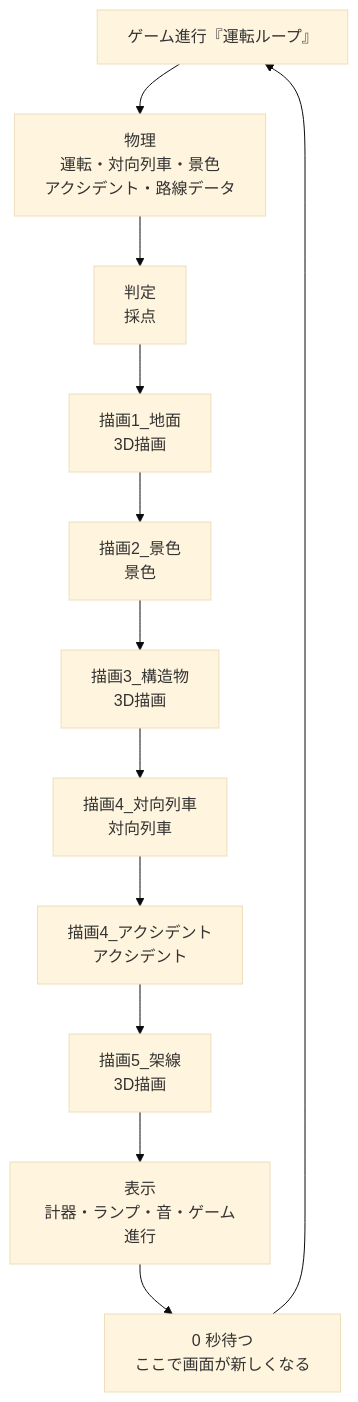
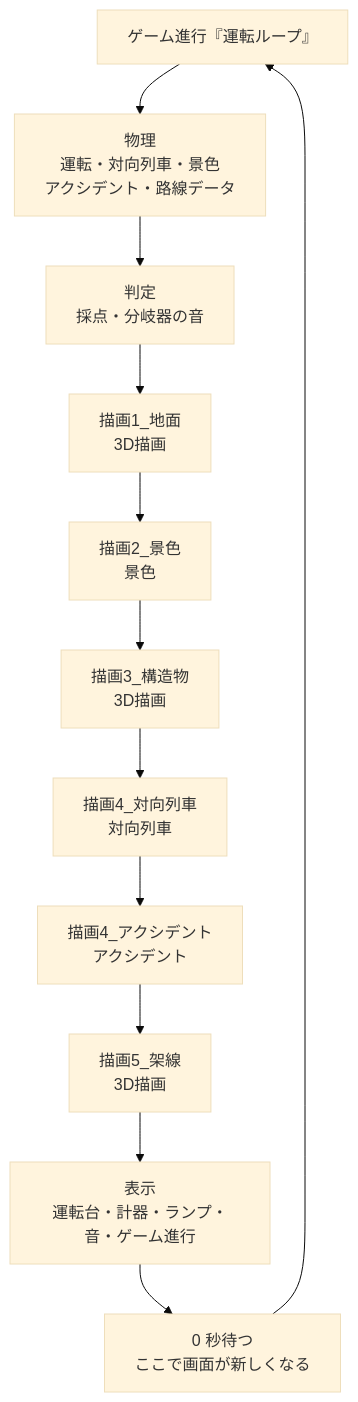
One commit to hagishun/TRAIN-GAME-TRIALE changed the third of 11 diagrams in docs/scratch-guide.md. Above: the diagram before and after it, drawn with Mermaid (base theme). The commit also changed other lines of this file and 13 other files, not shown here.

````diff
--- a/docs/scratch-guide.md
+++ b/docs/scratch-guide.md
@@ -250,14 +255,14 @@
 ```mermaid
 flowchart TB
   L["ゲーム進行『運転ループ』"] --> A
   A["物理<br/>運転・対向列車・景色<br/>アクシデント・路線データ"] --> B
-  B["判定<br/>採点"] --> C
+  B["判定<br/>採点・分岐器の音"] --> C
   C["描画1_地面<br/>3D描画"] --> D
   D["描画2_景色<br/>景色"] --> E
   E["描画3_構造物<br/>3D描画"] --> F
   F["描画4_対向列車<br/>対向列車"] --> H
   H["描画4_アクシデント<br/>アクシデント"] --> I
   I["描画5_架線<br/>3D描画"] --> J
-  J["表示<br/>計器・ランプ・音・ゲーム進行"] --> K
+  J["表示<br/>運転台・計器・ランプ・音・ゲーム進行"] --> K
   K["0 秒待つ<br/>ここで画面が新しくなる"] --> L
 ```
````
